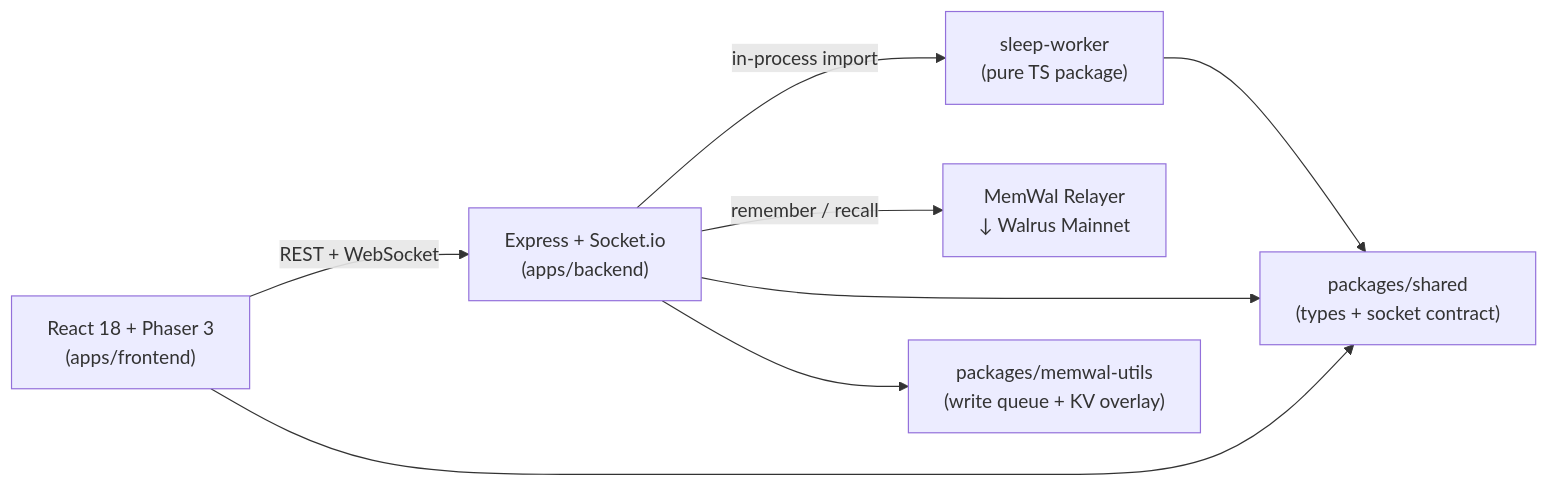
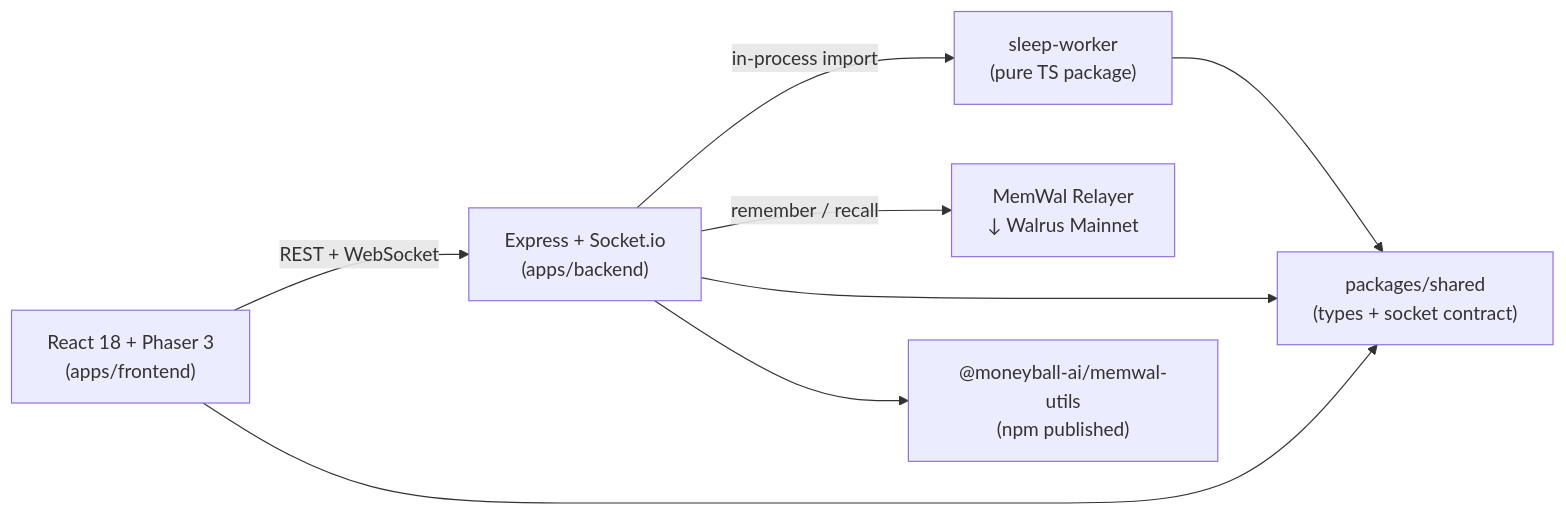
One commit to alexbelij/moneyball changed the diagram in README.md. Above: the diagram before and after it, drawn with Mermaid. The commit also changed other lines of this file and 1 other file, not shown here.

````diff
--- a/README.md
+++ b/README.md
@@ -50,17 +76,17 @@
 ```mermaid
 graph LR
     Browser["React 18 + Phaser 3<br/>(apps/frontend)"]
     Server["Express + Socket.io<br/>(apps/backend)"]
     Sleep["sleep-worker<br/>(pure TS package)"]
     Shared["packages/shared<br/>(types + socket contract)"]
+    Utils["@moneyball-ai/memwal-utils<br/>(npm published)"]
     MemWal["MemWal Relayer<br/>↓ Walrus Mainnet"]
 
     Browser -- "REST + WebSocket" --> Server
     Server -- "in-process import" --> Sleep
     Server -- "remember / recall" --> MemWal
     Server --> Shared
     Server --> Utils
     Browser --> Shared
     Sleep --> Shared
-    Utils["packages/memwal-utils<br/>(write queue + KV overlay)"]
 ```
````
